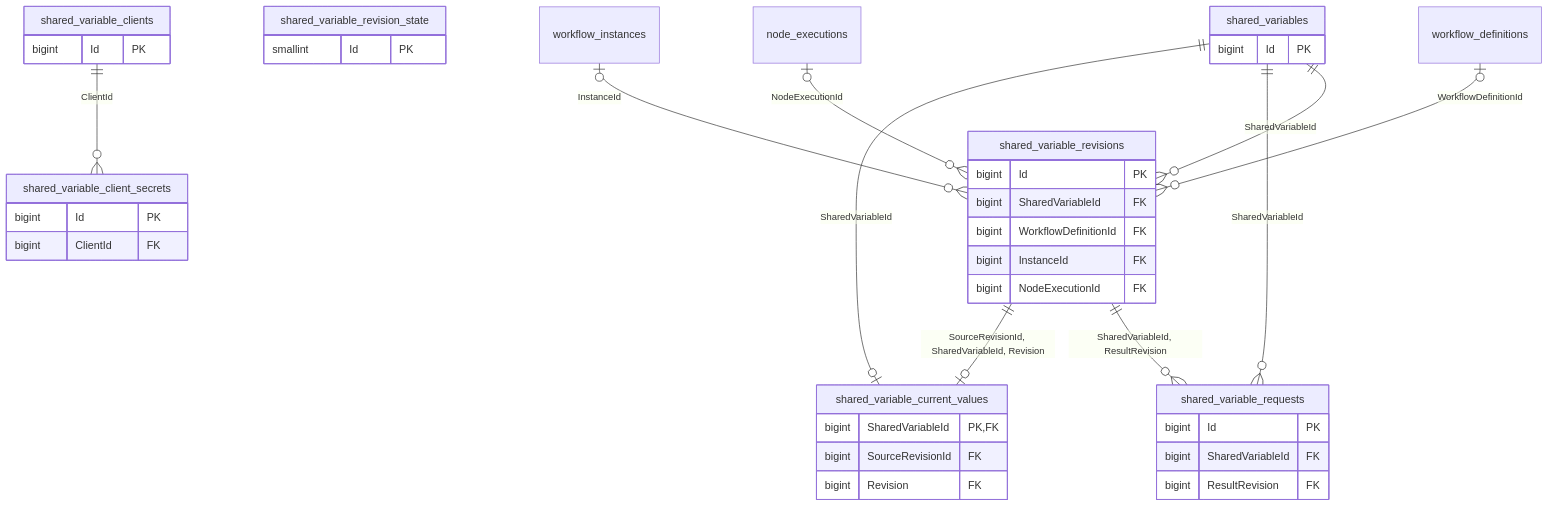
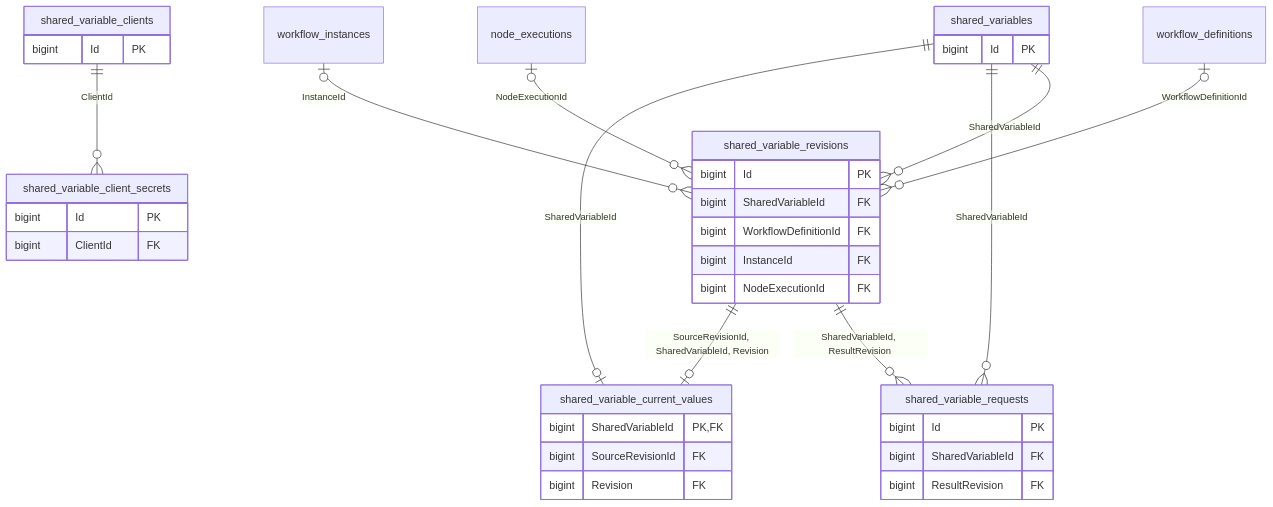
The ninth of 12 diagrams in docs/database-schema.md (sherif-hfm/Flowbit), drawn with Mermaid before and after one commit. The commit also changed other lines of this file and 16 other files, not shown here.

Commit message:
Use sequence-only shared-variable revision allocation

````diff
--- a/docs/database-schema.md
+++ b/docs/database-schema.md
@@ -1323,42 +1322,39 @@
 ```mermaid
 erDiagram
     shared_variables {
         bigint Id PK
     }
     shared_variable_current_values {
         bigint SharedVariableId PK, FK
         bigint SourceRevisionId FK
         bigint Revision FK
     }
     shared_variable_revisions {
         bigint Id PK
         bigint SharedVariableId FK
         bigint WorkflowDefinitionId FK
         bigint InstanceId FK
         bigint NodeExecutionId FK
-    }
-    shared_variable_revision_state {
-        smallint Id PK
     }
     shared_variable_requests {
         bigint Id PK
         bigint SharedVariableId FK
         bigint ResultRevision FK
     }
     shared_variable_clients {
         bigint Id PK
     }
     shared_variable_client_secrets {
         bigint Id PK
         bigint ClientId FK
     }
     shared_variable_clients ||--o{ shared_variable_client_secrets : "ClientId"
     shared_variables ||--o| shared_variable_current_values : "SharedVariableId"
     shared_variable_revisions ||--o| shared_variable_current_values : "SourceRevisionId, SharedVariableId, Revision"
     shared_variables ||--o{ shared_variable_requests : "SharedVariableId"
     shared_variable_revisions ||--o{ shared_variable_requests : "SharedVariableId, ResultRevision"
     workflow_instances |o--o{ shared_variable_revisions : "InstanceId"
     node_executions |o--o{ shared_variable_revisions : "NodeExecutionId"
     shared_variables ||--o{ shared_variable_revisions : "SharedVariableId"
     workflow_definitions |o--o{ shared_variable_revisions : "WorkflowDefinitionId"
 ```
````
